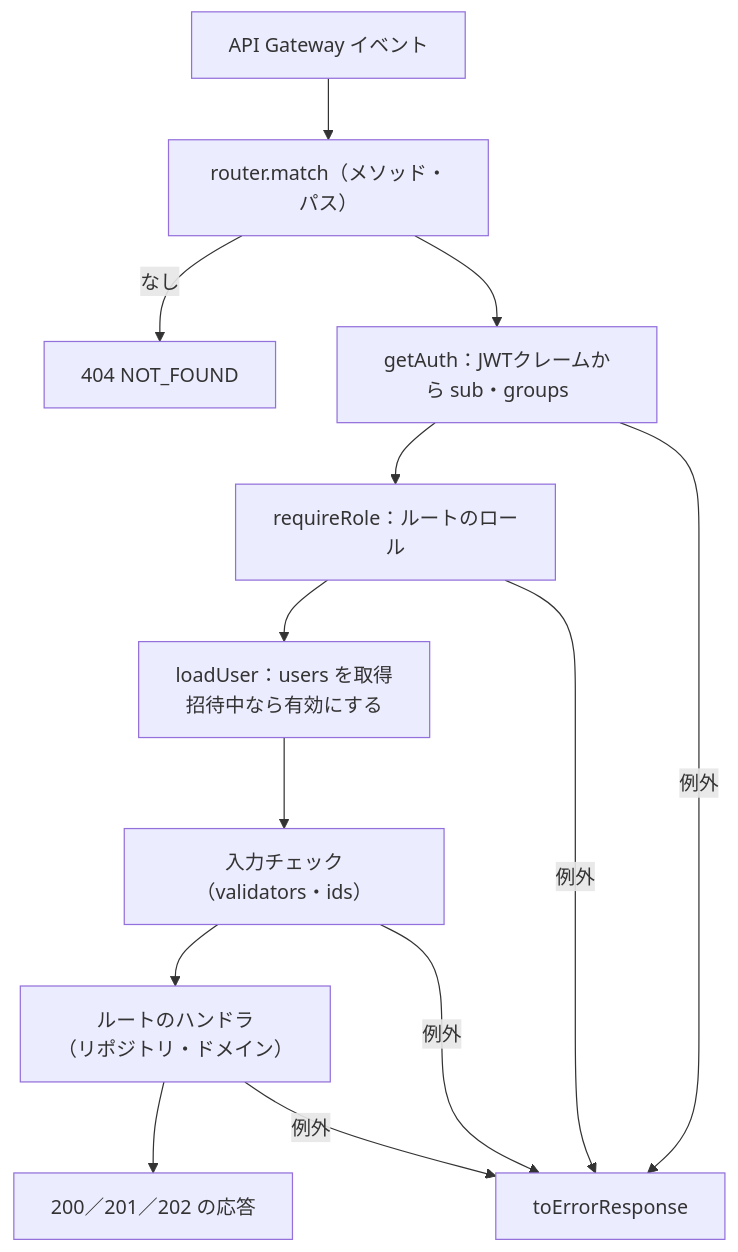
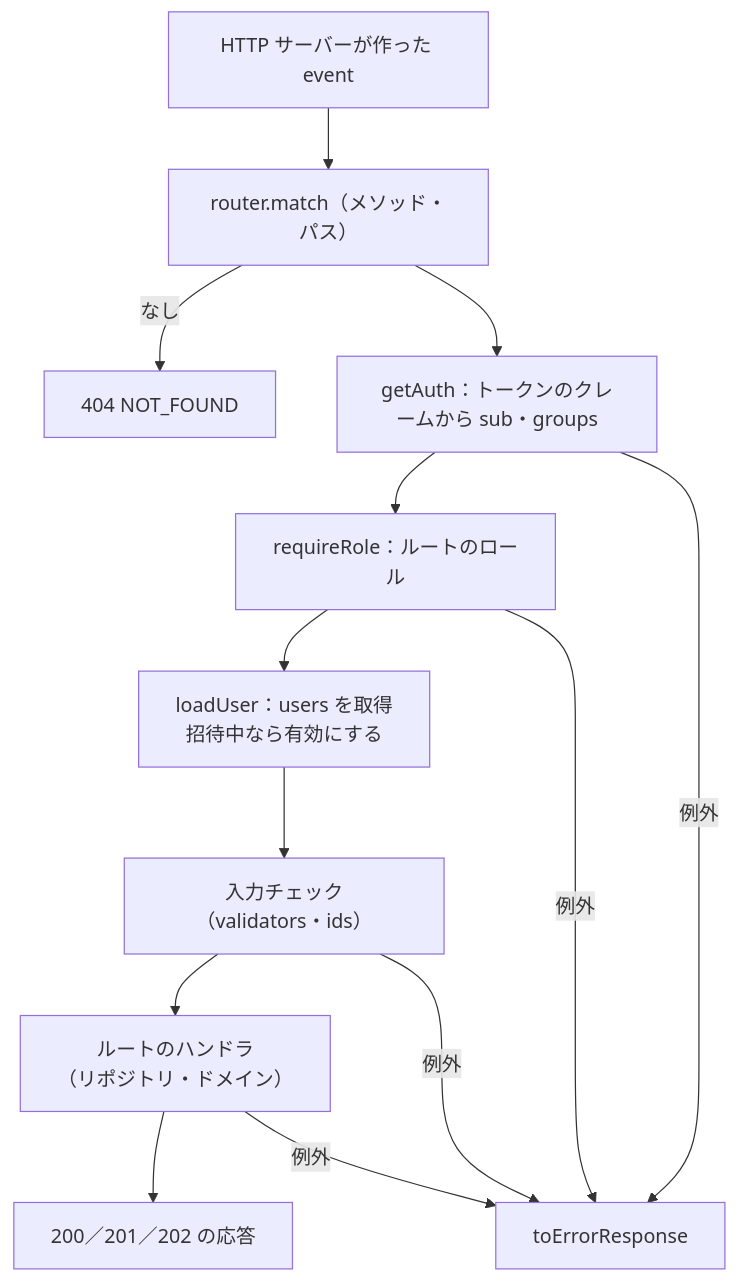
The second of 7 diagrams in documents/詳細設計書_RPG学習アプリ.md (pocarialice/rpglearning), drawn with Mermaid before and after one commit. The commit also changed other lines of this file and 3 other files, not shown here.

````diff
--- a/documents/詳細設計書_RPG学習アプリ.md
+++ b/documents/詳細設計書_RPG学習アプリ.md
@@ -577,15 +633,15 @@
 ```mermaid
 flowchart TD
-  A["API Gateway イベント"] --> B["router.match（メソッド・パス）"]
+  A["HTTP サーバーが作った event"] --> B["router.match（メソッド・パス）"]
   B -->|"なし"| N["404 NOT_FOUND"]
-  B --> C["getAuth：JWTクレームから sub・groups"]
+  B --> C["getAuth：トークンのクレームから sub・groups"]
   C --> D["requireRole：ルートのロール"]
   D --> E["loadUser：users を取得<br>招待中なら有効にする"]
   E --> F["入力チェック（validators・ids）"]
   F --> G["ルートのハンドラ<br>（リポジトリ・ドメイン）"]
   G --> H["200／201／202 の応答"]
   C -->|"例外"| X["toErrorResponse"]
   D -->|"例外"| X
   F -->|"例外"| X
   G -->|"例外"| X
 ```
````
